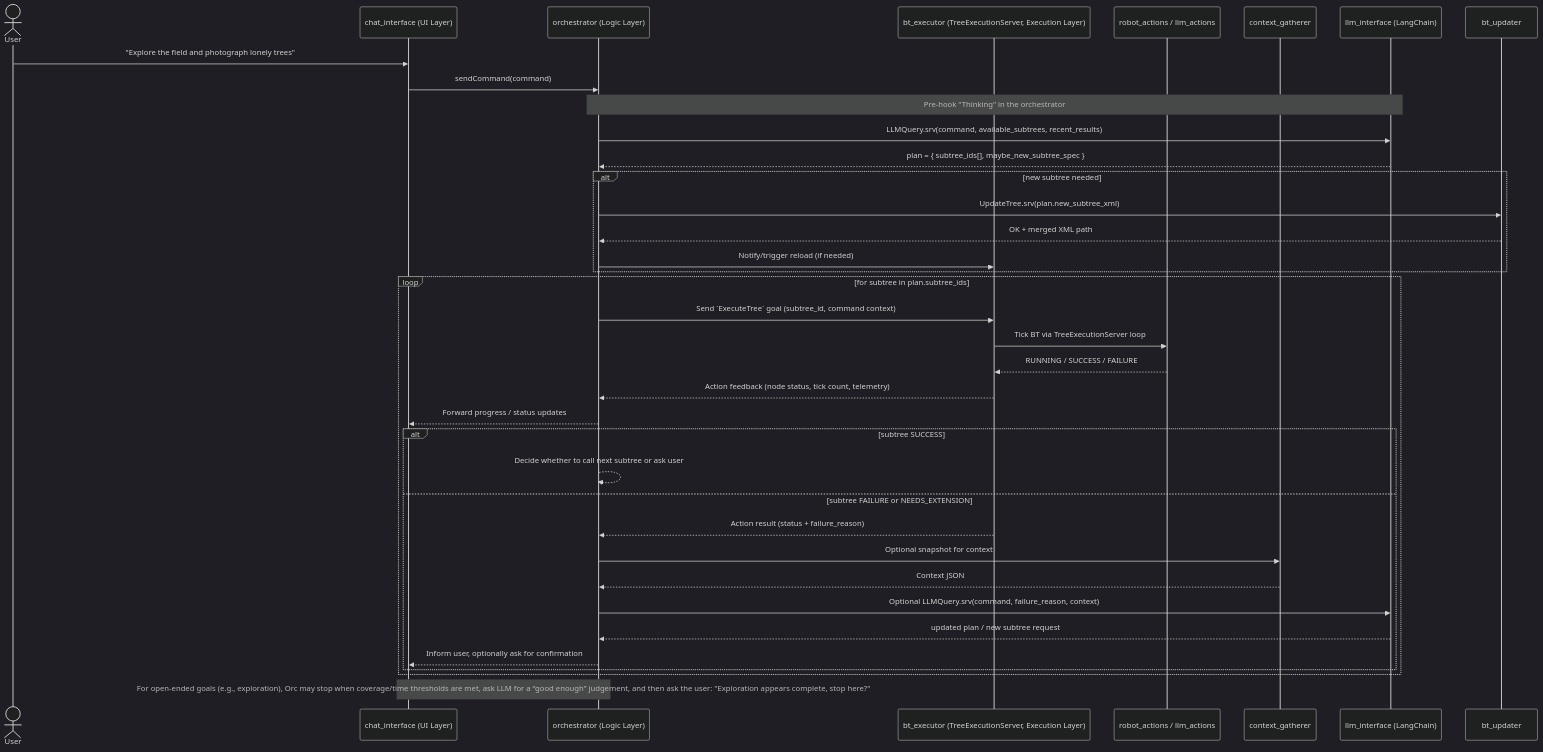
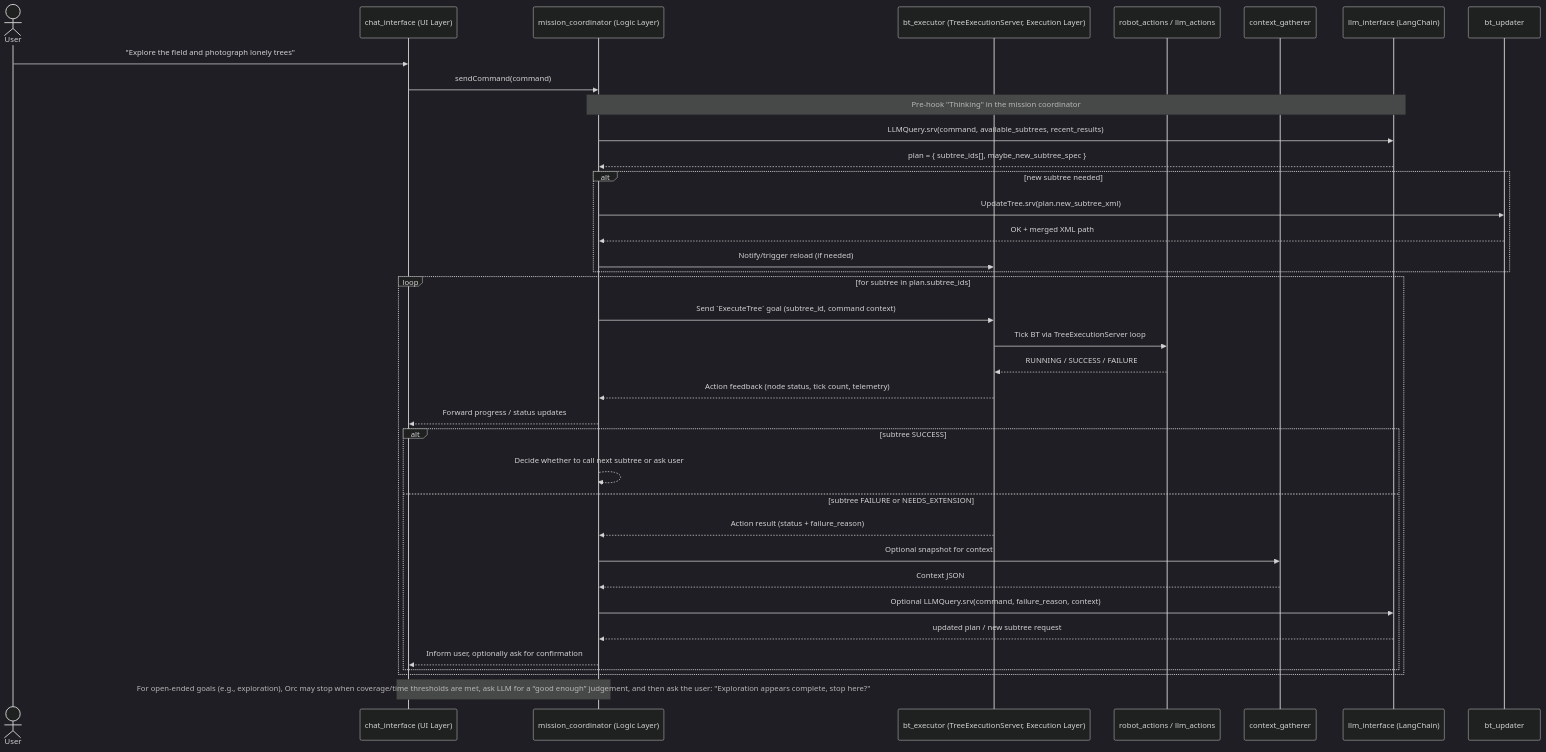
The diagram in architecture.md (mounteverset/generalist_bt_gen), drawn with Mermaid (dark theme) before and after one commit. The commit also changed other lines of this file and 12 other files, not shown here.

Commit message:
add user interface and mission coordinator pkg

````diff
--- a/architecture.md
+++ b/architecture.md
@@ -72,45 +72,45 @@
 ```mermaid
 sequenceDiagram
     actor User
     participant UI as chat_interface (UI Layer)
-    participant Orc as orchestrator (Logic Layer)
+    participant Orc as mission_coordinator (Logic Layer)
     participant Exec as bt_executor (TreeExecutionServer, Execution Layer)
     participant Skills as robot_actions / llm_actions
     participant Ctx as context_gatherer
     participant LLM as llm_interface (LangChain)
     participant Upd as bt_updater
 
     User->>UI: "Explore the field and photograph lonely trees"
     UI->>Orc: sendCommand(command)
 
-    Note over Orc,LLM: Pre-hook "Thinking" in the orchestrator
+    Note over Orc,LLM: Pre-hook "Thinking" in the mission coordinator
     Orc->>LLM: LLMQuery.srv(command, available_subtrees, recent_results)
     LLM-->>Orc: plan = { subtree_ids[], maybe_new_subtree_spec }
 
     alt new subtree needed
       Orc->>Upd: UpdateTree.srv(plan.new_subtree_xml)
       Upd-->>Orc: OK + merged XML path
       Orc->>Exec: Notify/trigger reload (if needed)
     end
 
     loop for subtree in plan.subtree_ids
       Orc->>Exec: Send `ExecuteTree` goal (subtree_id, command context)
       Exec->>Skills: Tick BT via TreeExecutionServer loop
       Skills-->>Exec: RUNNING / SUCCESS / FAILURE
       Exec-->>Orc: Action feedback (node status, tick count, telemetry)
       Orc-->>UI: Forward progress / status updates
 
       alt subtree SUCCESS
         Orc-->>Orc: Decide whether to call next subtree or ask user
       else subtree FAILURE or NEEDS_EXTENSION
         Exec-->>Orc: Action result (status + failure_reason)
         Orc->>Ctx: Optional snapshot for context
         Ctx-->>Orc: Context JSON
         Orc->>LLM: Optional LLMQuery.srv(command, failure_reason, context)
         LLM-->>Orc: updated plan / new subtree request
         Orc-->>UI: Inform user, optionally ask for confirmation
       end
     end
 
     Note over Orc,UI: For open-ended goals (e.g., exploration), Orc may stop when coverage/time thresholds are met, ask LLM for a “good enough” judgement, and then ask the user: "Exploration appears complete, stop here?"
 ```
````
